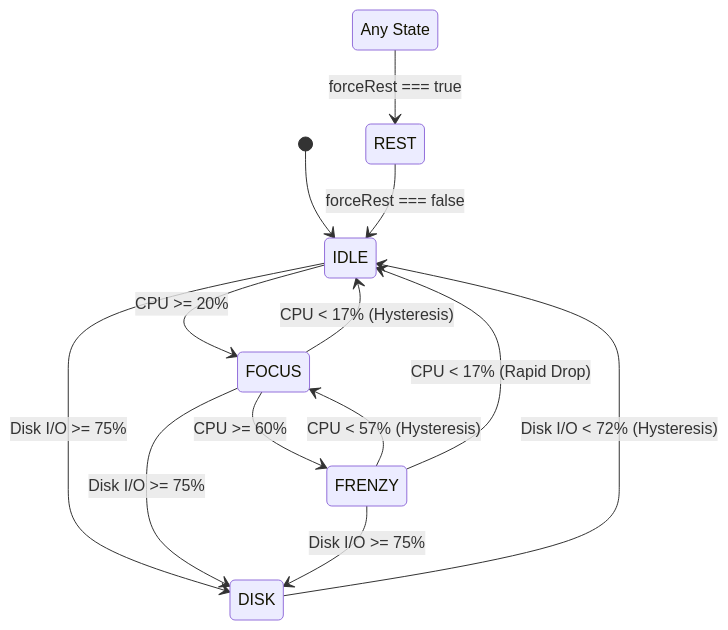
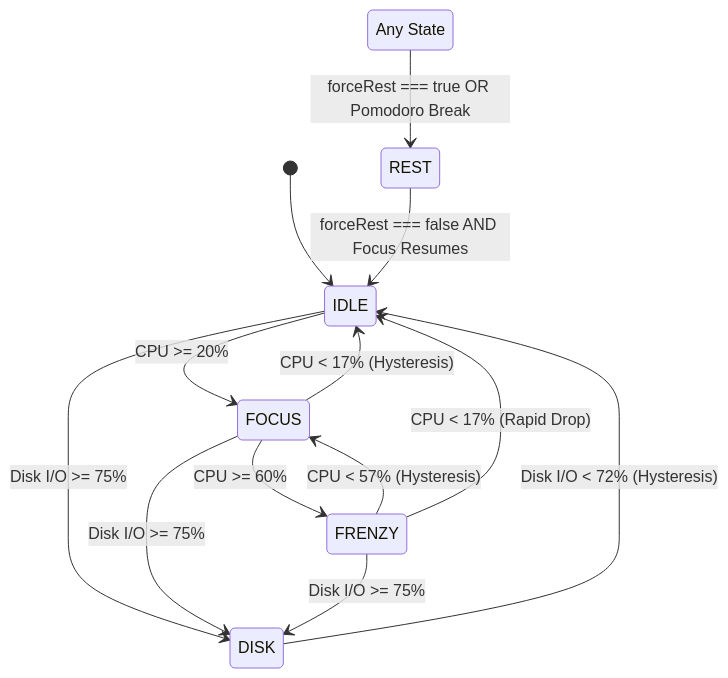
Before and after one commit to vavinon/lofi-bun-companion: the diagram in README.md, drawn with Mermaid. The commit also changed other lines of this file and 33 other files, not shown here.

Commit message:
feat(pomodoro): release v2.0.0 with pomodoro focus suite, rest automation & context menu overhaul

````diff
--- a/README.md
+++ b/README.md
@@ -63,18 +78,18 @@
 ```mermaid
 stateDiagram-v2
     [*] --> IDLE
     IDLE --> FOCUS: CPU >= 20%
     FOCUS --> IDLE: CPU < 17% (Hysteresis)
     FOCUS --> FRENZY: CPU >= 60%
     FRENZY --> FOCUS: CPU < 57% (Hysteresis)
     FRENZY --> IDLE: CPU < 17% (Rapid Drop)
     
     IDLE --> DISK: Disk I/O >= 75%
     FOCUS --> DISK: Disk I/O >= 75%
     FRENZY --> DISK: Disk I/O >= 75%
     DISK --> IDLE: Disk I/O < 72% (Hysteresis)
     
     state "Any State" as AnyState
-    AnyState --> REST: forceRest === true
-    REST --> IDLE: forceRest === false
+    AnyState --> REST: forceRest === true OR Pomodoro Break
+    REST --> IDLE: forceRest === false AND Focus Resumes
 ```
````
